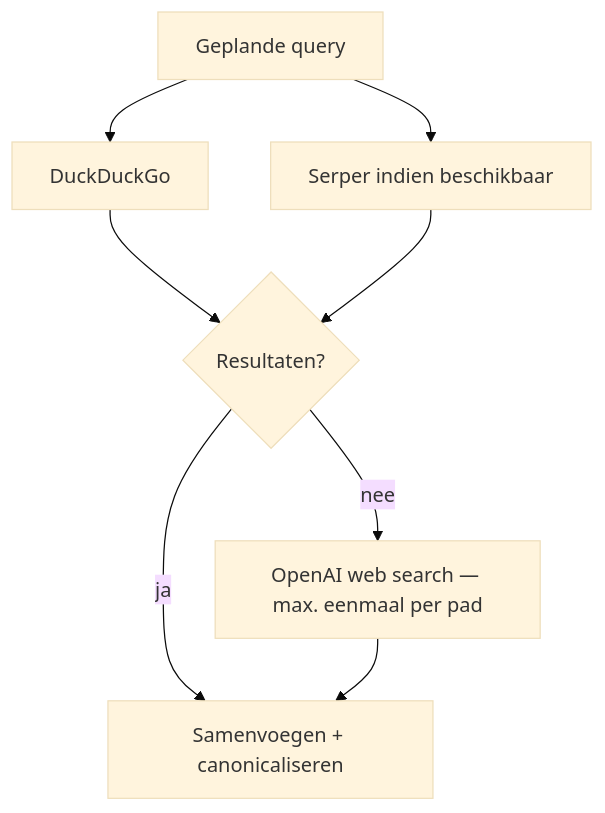
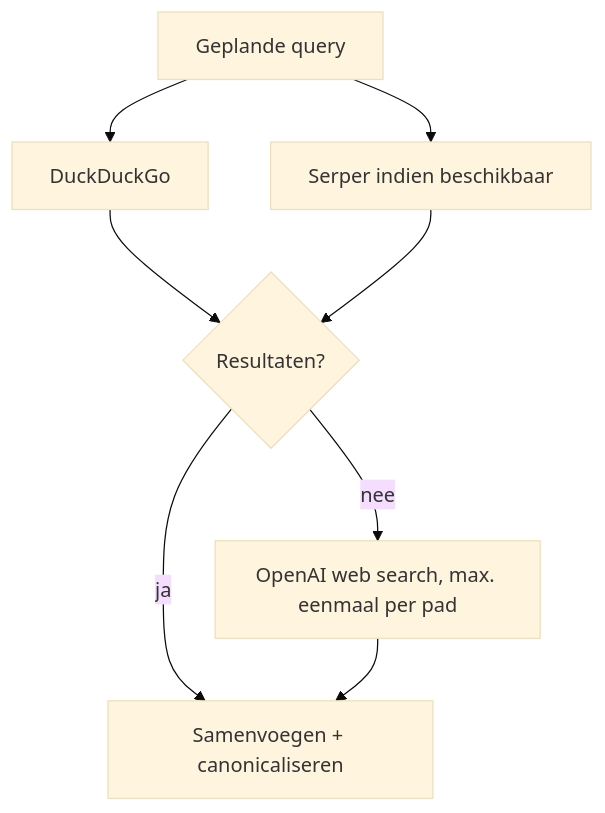
Before and after one commit to arryaetil/KYC4etil: the fifth of 10 diagrams in README.md, drawn with Mermaid (base theme). The commit also changed other lines of this file, not shown here.

````diff
--- a/README.md
+++ b/README.md
@@ -176,10 +170,10 @@
 ```mermaid
 flowchart TD
     Q["Geplande query"] --> DDG["DuckDuckGo"]
     Q --> S["Serper indien beschikbaar"]
     DDG --> K{"Resultaten?"}
     S --> K
     K -- "ja" --> U["Samenvoegen + canonicaliseren"]
-    K -- "nee" --> O["OpenAI web search — max. eenmaal per pad"]
+    K -- "nee" --> O["OpenAI web search, max. eenmaal per pad"]
     O --> U
 ```
````
